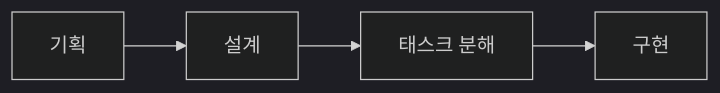
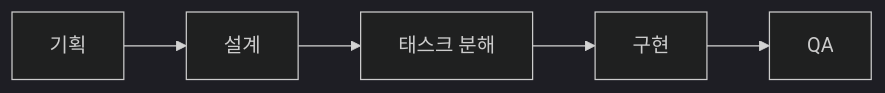
Before and after one commit to Wondermove-Inc/calab-claude-plugin: the first of 4 diagrams in README.md, drawn with Mermaid (dark theme). The commit also changed other lines of this file and 16 other files, not shown here.

````diff
--- a/README.md
+++ b/README.md
@@ -502,6 +268,7 @@
 ```mermaid
 flowchart LR
     A["기획"] --> B["설계"]
     B --> C["태스크 분해"]
     C --> D["구현"]
+    D --> E["QA"]
 ```
````
